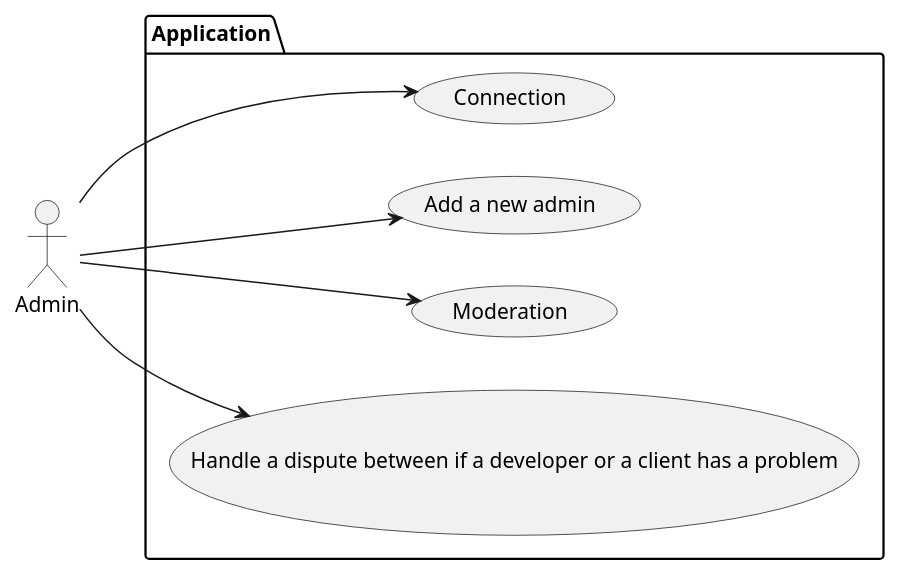
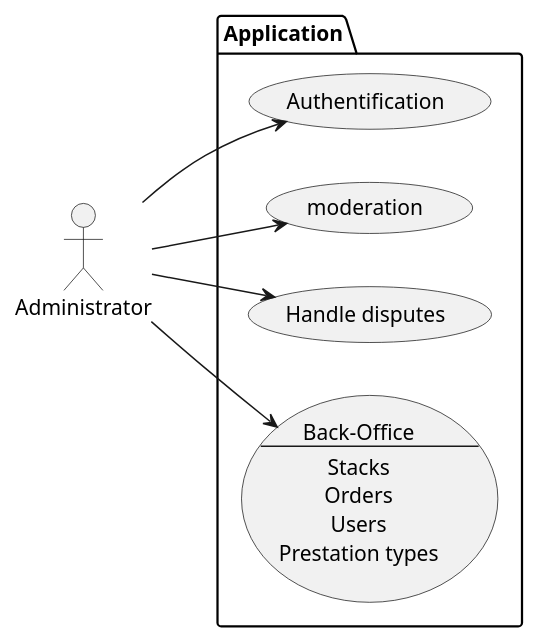
Before and after one commit to Loic-Jhs/deverr-back: the diagram in docs/useCases/admin_usecases.puml, drawn with PlantUML. The commit also changed 7 other files, not shown here.

```diff
--- a/docs/useCases/admin_usecases.puml
+++ b/docs/useCases/admin_usecases.puml
@@ -1,17 +1,22 @@
 @startuml Client
 left to right direction
 
-:Admin: as admin
+:Administrator: as admin
 
 package Application {
-    usecase "Connection" as connection
-    usecase "Add a new admin" as add_admin
-    usecase "Moderation" as moderation
-    usecase "Handle a dispute between if a developer or a client has a problem" as handle_dispute
+    usecase auth as "Authentification"
+    usecase moderation
+    usecase handleDispute as "Handle disputes"
+    usecase backOffice as "Back-Office
+    --
+    Stacks
+    Orders
+    Users
+    Prestation types"
 }
 
-admin --> connection
+admin --> auth
 admin --> moderation
-admin --> handle_dispute
-admin --> add_admin
+admin --> handleDispute
+admin --> backOffice
 @enduml
```
